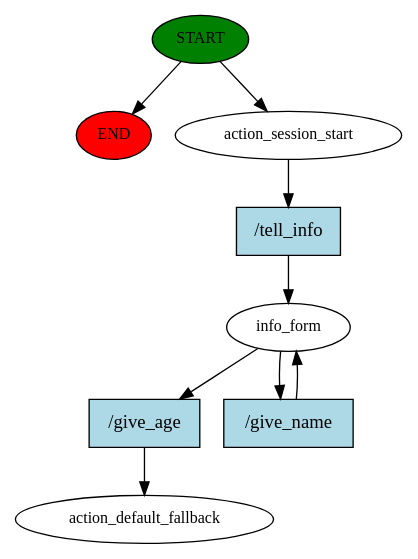
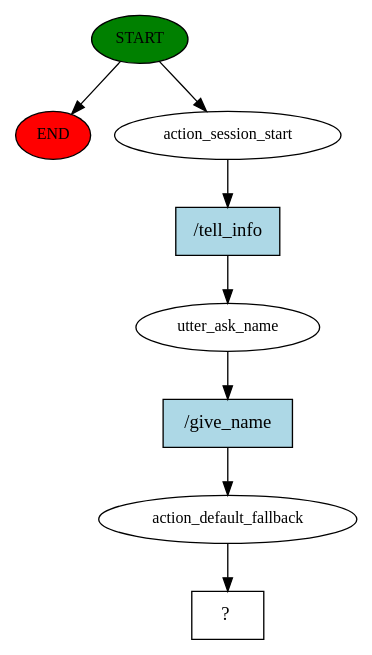
One commit to cwleungar/chat_agent changed the diagram in chatbot/Healthy-chatbot/story_graph.dot. Above: the diagram before and after it, drawn with Graphviz. The commit also changed 6 other files, not shown here.

```diff
--- a/chatbot/Healthy-chatbot/story_graph.dot
+++ b/chatbot/Healthy-chatbot/story_graph.dot
@@ -1,18 +1,17 @@
 digraph  {
 0 [class="start active", fillcolor=green, fontsize=12, label=START, style=filled];
 "-1" [class=end, fillcolor=red, fontsize=12, label=END, style=filled];
 1 [class=active, fontsize=12, label=action_session_start];
-2 [class=active, fontsize=12, label=info_form];
-4 [class="dashed active", fontsize=12, label=action_default_fallback];
+2 [class=active, fontsize=12, label=utter_ask_name];
+3 [class=active, fontsize=12, label=action_default_fallback];
+4 [class="intent dashed active", label="  ?  ", shape=rect];
 5 [class="intent active", fillcolor=lightblue, label="/tell_info", shape=rect, style=filled];
-6 [class="intent active", fillcolor=lightblue, label="/give_age", shape=rect, style=filled];
-7 [class="intent active", fillcolor=lightblue, label="/give_name", shape=rect, style=filled];
+6 [class="intent active", fillcolor=lightblue, label="/give_name", shape=rect, style=filled];
 0 -> "-1"  [class="", key=NONE, label=""];
 0 -> 1  [class=active, key=NONE, label=""];
 1 -> 5  [class=active, key=0];
 2 -> 6  [class=active, key=0];
-2 -> 7  [class=active, key=0];
+3 -> 4  [class=active, key=NONE, label=""];
 5 -> 2  [class=active, key=0];
-6 -> 4  [class=active, key=0];
-7 -> 2  [class=active, key=0];
+6 -> 3  [class=active, key=0];
 }
```
